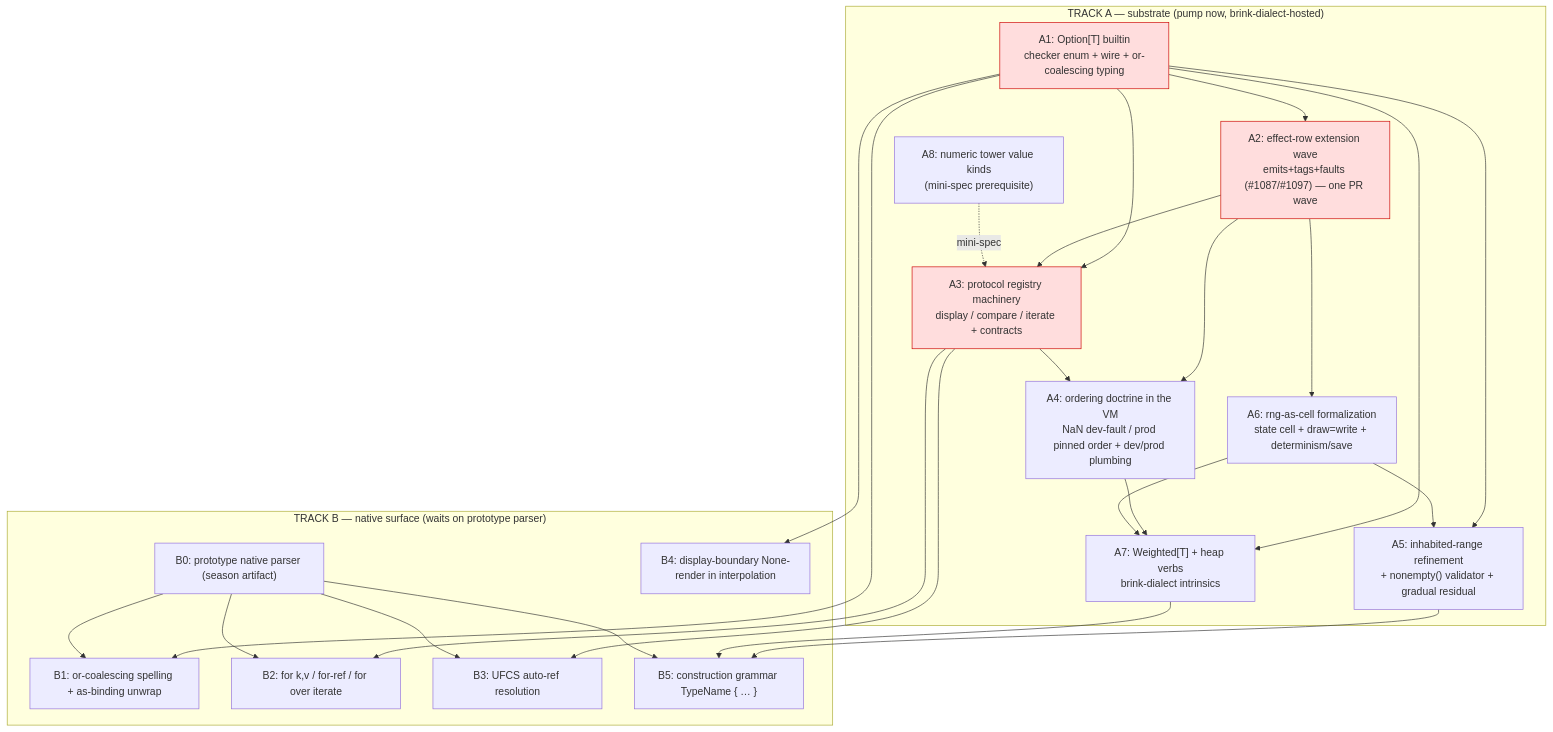
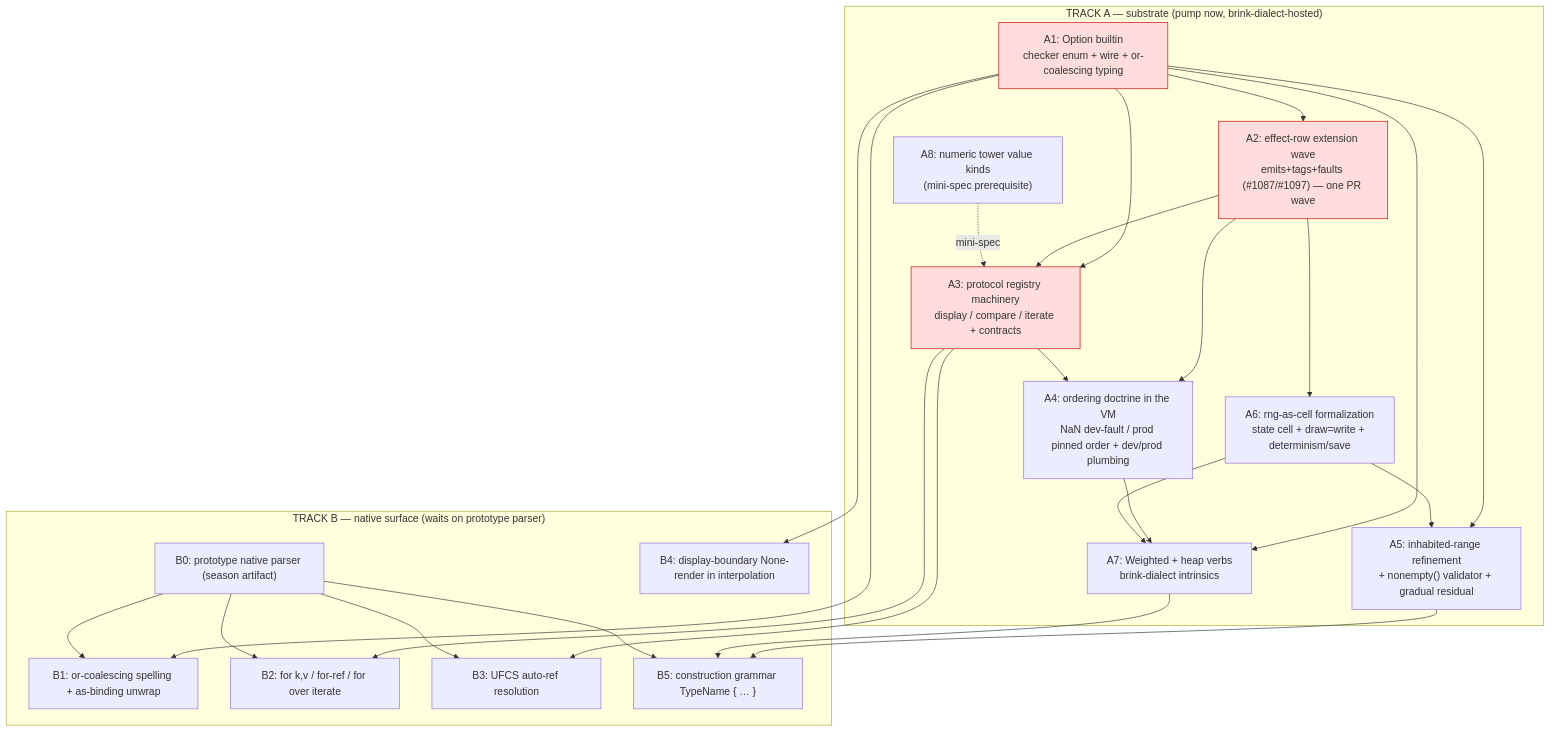
The diagram in docs/stdlib-sequencing.md (Syynth/brink), drawn with Mermaid before and after one commit. The commit also changed other lines of this file and 24 other files, not shown here.

First line of the commit message:
docs(lang): sync book/specs to Array<T>/Map<K,V>/List<L>/Handle<K>/Option<T>/Weighted<T> spelling (#1552)

````diff
--- a/docs/stdlib-sequencing.md
+++ b/docs/stdlib-sequencing.md
@@ -34,49 +34,49 @@
 ```mermaid
 graph TD
   subgraph TrackA["TRACK A — substrate (pump now, brink-dialect-hosted)"]
-    A1["A1: Option[T] builtin<br/>checker enum + wire + or-coalescing typing"]
+    A1["A1: Option<T> builtin<br/>checker enum + wire + or-coalescing typing"]
     A2["A2: effect-row extension wave<br/>emits+tags+faults (#1087/#1097) — one PR wave"]
     A3["A3: protocol registry machinery<br/>display / compare / iterate + contracts"]
     A4["A4: ordering doctrine in the VM<br/>NaN dev-fault / prod pinned order + dev/prod plumbing"]
     A5["A5: inhabited-range refinement<br/>+ nonempty() validator + gradual residual"]
     A6["A6: rng-as-cell formalization<br/>state cell + draw=write + determinism/save"]
-    A7["A7: Weighted[T] + heap verbs<br/>brink-dialect intrinsics"]
+    A7["A7: Weighted<T> + heap verbs<br/>brink-dialect intrinsics"]
     A8["A8: numeric tower value kinds<br/>(mini-spec prerequisite)"]
   end
 
   subgraph TrackB["TRACK B — native surface (waits on prototype parser)"]
     B0["B0: prototype native parser (season artifact)"]
     B1["B1: or-coalescing spelling + as-binding unwrap"]
     B2["B2: for k,v / for-ref / for over iterate"]
     B3["B3: UFCS auto-ref resolution"]
     B4["B4: display-boundary None-render in interpolation"]
     B5["B5: construction grammar TypeName { … }"]
   end
 
   A1 --> A2
   A1 --> A3
   A1 --> A5
   A1 --> A7
   A2 --> A3
   A2 --> A4
   A2 --> A6
   A3 --> A4
   A4 --> A7
   A6 --> A5
   A6 --> A7
   A8 -.mini-spec.-> A3
 
   A1 --> B1
   A1 --> B4
   A3 --> B2
   A3 --> B3
   A5 --> B5
   A7 --> B5
   B0 --> B1
   B0 --> B2
   B0 --> B3
   B0 --> B5
 
   classDef block fill:#fdd,stroke:#c00;
   class A1,A2,A3 block;
 ```
````
